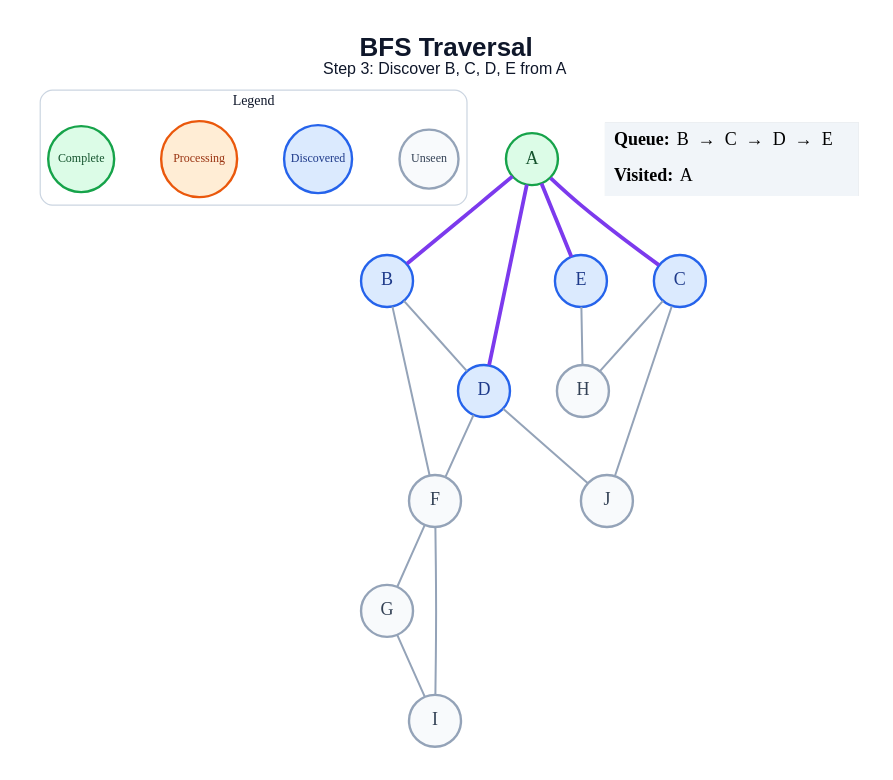
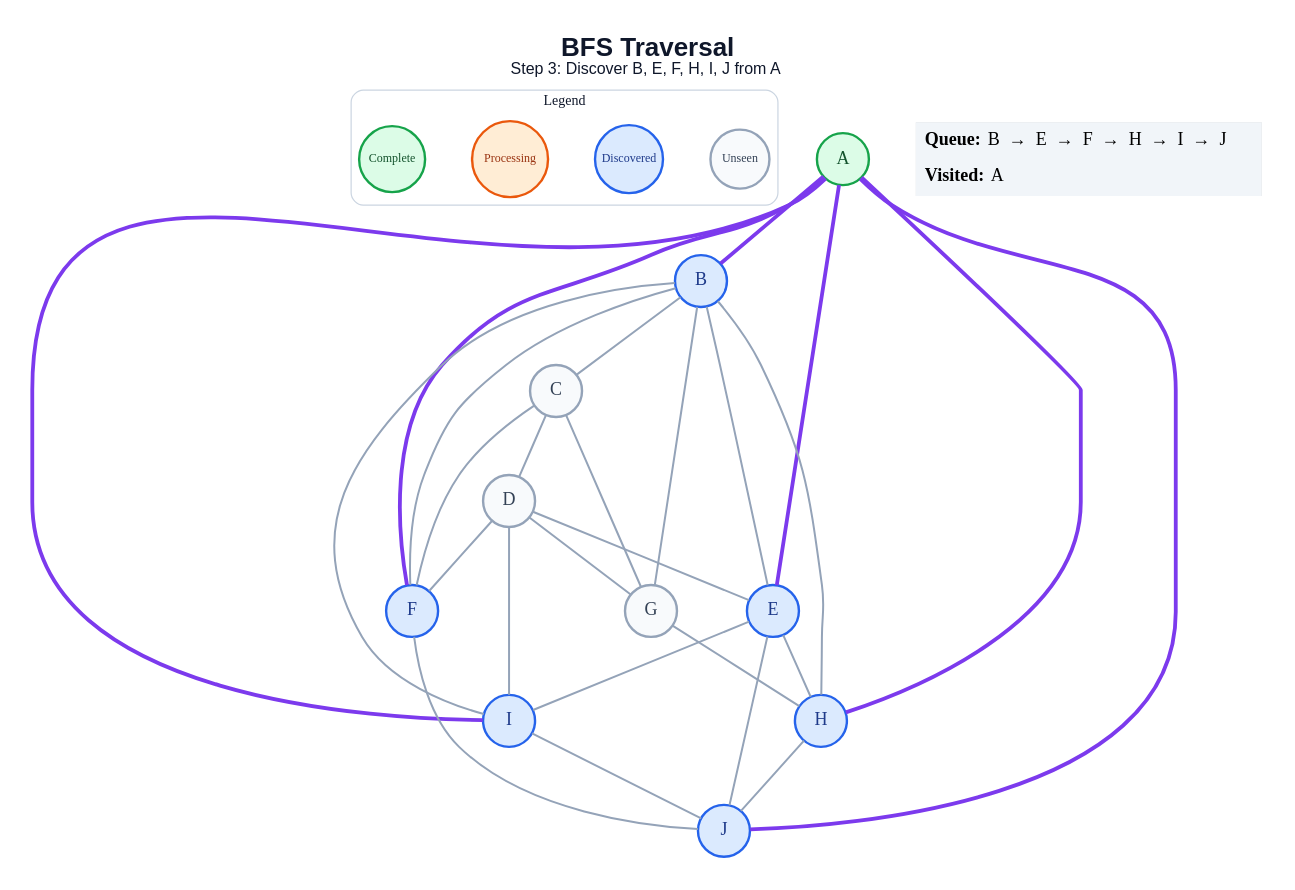
Before and after one commit to anon7238593-create/ai-slop: the diagram in generated/bfs/step_03.dot, drawn with Graphviz. The commit also changed 178 other files, not shown here.

```diff
--- a/generated/bfs/step_03.dot
+++ b/generated/bfs/step_03.dot
@@ -1,43 +1,55 @@
 graph traversal {
   graph [layout=dot, rankdir=TB, bgcolor="#FFFFFF", pad="0.35", nodesep="0.65", ranksep="0.8", fontname="Arial"];
   node [shape=circle, style="filled", fontname="Arial Bold", fontsize=18, width=0.72, fixedsize=true, penwidth=2.4];
   edge [color="#94A3B8", penwidth=2.0];
-  label=<<B>BFS Traversal</B><BR/><FONT POINT-SIZE="16">Step 3: Discover B, C, D, E from A</FONT>>; labelloc="t"; fontsize=26; fontname="Arial"; fontcolor="#0F172A";
+  label=<<B>BFS Traversal</B><BR/><FONT POINT-SIZE="16">Step 3: Discover B, E, F, H, I, J from A</FONT>>; labelloc="t"; fontsize=26; fontname="Arial"; fontcolor="#0F172A";
   subgraph cluster_legend { label="Legend"; color="#CBD5E1"; penwidth=1.2; style="rounded"; fontsize=14; fontname="Arial Bold";
     key_unseen [label="Unseen", fillcolor="#F8FAFC", color="#94A3B8", fontcolor="#334155", fontsize=12, width=0.82];
     key_frontier [label="Discovered", fillcolor="#DBEAFE", color="#2563EB", fontcolor="#1E3A8A", fontsize=12, width=0.95];
     key_current [label="Processing", fillcolor="#FFEDD5", color="#EA580C", fontcolor="#9A3412", fontsize=12, width=1.05];
     key_done [label="Complete", fillcolor="#DCFCE7", color="#16A34A", fontcolor="#14532D", fontsize=12, width=0.92];
     { rank=same; key_unseen; key_frontier; key_current; key_done; }
   }
   A [fillcolor="#DCFCE7", color="#16A34A", fontcolor="#14532D"];
   B [fillcolor="#DBEAFE", color="#2563EB", fontcolor="#1E3A8A"];
-  C [fillcolor="#DBEAFE", color="#2563EB", fontcolor="#1E3A8A"];
-  D [fillcolor="#DBEAFE", color="#2563EB", fontcolor="#1E3A8A"];
+  C [fillcolor="#F8FAFC", color="#94A3B8", fontcolor="#334155"];
+  D [fillcolor="#F8FAFC", color="#94A3B8", fontcolor="#334155"];
   E [fillcolor="#DBEAFE", color="#2563EB", fontcolor="#1E3A8A"];
-  F [fillcolor="#F8FAFC", color="#94A3B8", fontcolor="#334155"];
+  F [fillcolor="#DBEAFE", color="#2563EB", fontcolor="#1E3A8A"];
   G [fillcolor="#F8FAFC", color="#94A3B8", fontcolor="#334155"];
-  H [fillcolor="#F8FAFC", color="#94A3B8", fontcolor="#334155"];
-  I [fillcolor="#F8FAFC", color="#94A3B8", fontcolor="#334155"];
-  J [fillcolor="#F8FAFC", color="#94A3B8", fontcolor="#334155"];
+  H [fillcolor="#DBEAFE", color="#2563EB", fontcolor="#1E3A8A"];
+  I [fillcolor="#DBEAFE", color="#2563EB", fontcolor="#1E3A8A"];
+  J [fillcolor="#DBEAFE", color="#2563EB", fontcolor="#1E3A8A"];
   A -- B [color="#7C3AED", penwidth=3.8];
-  A -- C [color="#7C3AED", penwidth=3.8];
-  A -- D [color="#7C3AED", penwidth=3.8];
   A -- E [color="#7C3AED", penwidth=3.8];
-  B -- D;
+  A -- F [color="#7C3AED", penwidth=3.8];
+  A -- H [color="#7C3AED", penwidth=3.8];
+  A -- I [color="#7C3AED", penwidth=3.8];
+  A -- J [color="#7C3AED", penwidth=3.8];
+  B -- C;
+  B -- E;
   B -- F;
-  C -- H;
-  C -- J;
+  B -- G;
+  B -- H;
+  B -- I;
+  C -- D;
+  C -- F;
+  C -- G;
+  D -- E;
   D -- F;
-  D -- J;
+  D -- G;
+  D -- I;
   E -- H;
-  F -- G;
-  F -- I;
-  G -- I;
+  E -- I;
+  E -- J;
+  F -- J;
+  G -- H;
+  H -- J;
+  I -- J;
   status [shape=plain, fixedsize=false, width=0, height=0, margin=0, label=<
     <TABLE BORDER="0" CELLBORDER="0" CELLPADDING="7" BGCOLOR="#F1F5F9">
-      <TR><TD ALIGN="LEFT"><B>Queue:</B> B  →  C  →  D  →  E</TD></TR>
+      <TR><TD ALIGN="LEFT"><B>Queue:</B> B  →  E  →  F  →  H  →  I  →  J</TD></TR>
       <TR><TD ALIGN="LEFT"><B>Visited:</B> A</TD></TR>
     </TABLE>
   >];
 }
```
